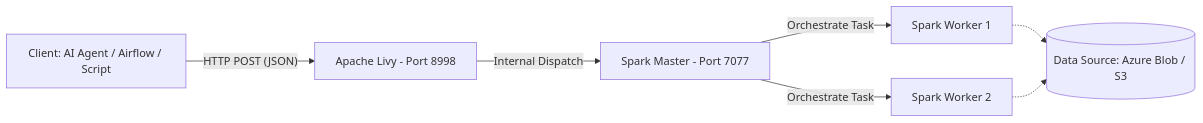
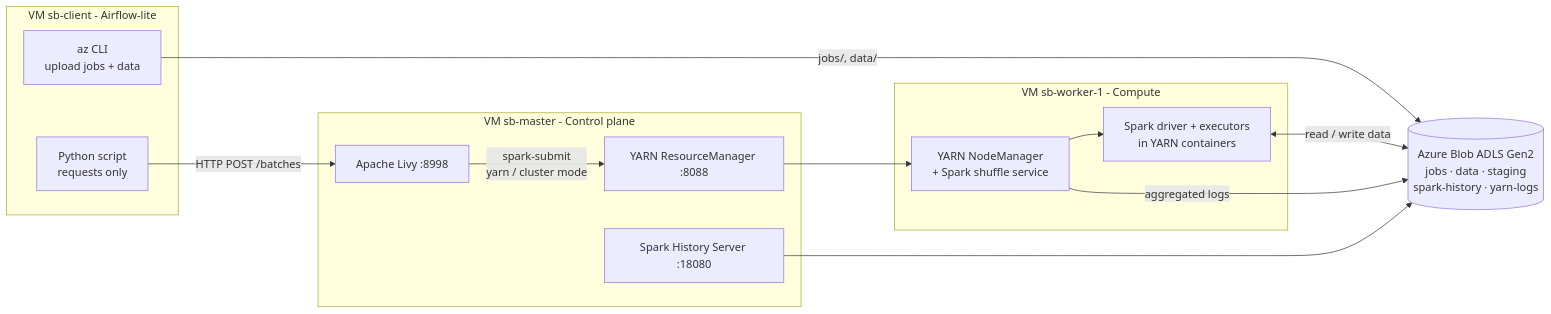
The diagram in README.md (thanhphat2609/spark-bridge), drawn with Mermaid before and after one commit. The commit also changed other lines of this file and 27 other files, not shown here.

Commit message:
upload new architecture for spark data proc

````diff
--- a/README.md
+++ b/README.md
@@ -13,9 +40,27 @@
 ```mermaid
 graph LR
-    A[Client: AI Agent / Airflow / Script] -- "HTTP POST (JSON)" --> B[Apache Livy - Port 8998]
-    B -- "Internal Dispatch" --> C[Spark Master - Port 7077]
-    C -- "Orchestrate Task" --> D[Spark Worker 1]
-    C -- "Orchestrate Task" --> E[Spark Worker 2]
-    D -.-> F[(Data Source: Azure Blob / S3)]
-    E -.-> F
+    subgraph CLIENT [VM sb-client - Airflow-lite]
+        C[Python script<br/>requests only]
+        AZ[az CLI<br/>upload jobs + data]
+    end
+
+    subgraph MASTER [VM sb-master - Control plane]
+        L[Apache Livy :8998]
+        RM[YARN ResourceManager :8088]
+        SHS[Spark History Server :18080]
+    end
+
+    subgraph WORKER [VM sb-worker-1 - Compute]
+        NM[YARN NodeManager<br/>+ Spark shuffle service]
+        D[Spark driver + executors<br/>in YARN containers]
+    end
+
+    C -- "HTTP POST /batches" --> L
+    L -- "spark-submit<br/>yarn / cluster mode" --> RM
+    RM --> NM
+    NM --> D
+    AZ -- "jobs/, data/" --> OBJ
+    D <-- "read / write data" --> OBJ[(Azure Blob ADLS Gen2<br/>jobs · data · staging<br/>spark-history · yarn-logs)]
+    NM -- "aggregated logs" --> OBJ
+    SHS --> OBJ
 ```
````
